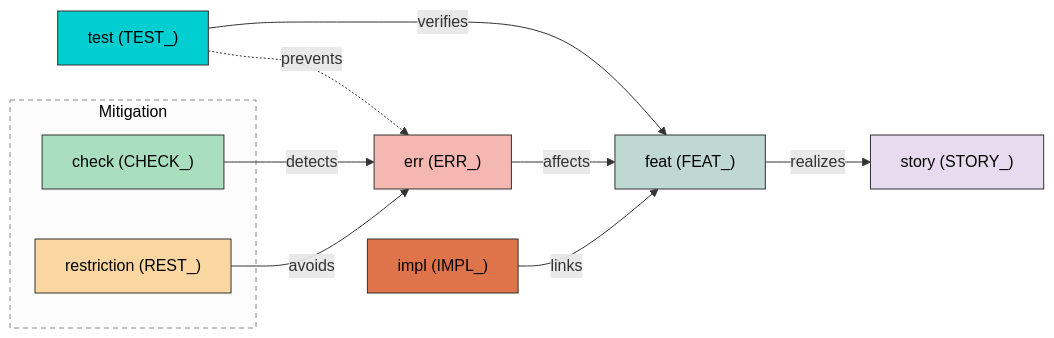
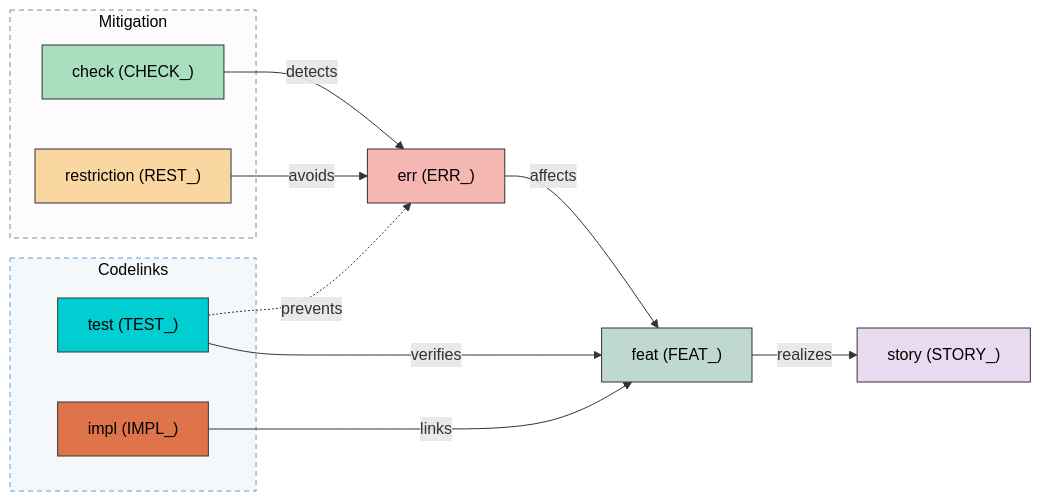
One commit to useblocks/sphinx-mounts changed the diagram in docs/source/specs/approach.rst. Above: the diagram before and after it, drawn with Mermaid. The commit also changed other lines of this file, not shown here.

Commit message:
🎨 Frame test + impl as a "Codelinks" group in the diagram
Wrap the test and impl nodes (both authored in code as sphinx-codelinks
one-line needs — test in tests/, impl in src/) in a Mermaid subgraph
labelled "Codelinks" (blue dashed frame) in approach.rst, and note the
grouping in the prose.

```diff
--- a/docs/source/specs/approach.rst
+++ b/docs/source/specs/approach.rst
@@ -12,30 +12,33 @@
 .. mermaid::
 
    flowchart LR
-       test["test (TEST_)"]
+       subgraph codelinks["Codelinks"]
+           test["test (TEST_)"]
+           impl["impl (IMPL_)"]
+       end
        subgraph mitigation["Mitigation"]
            check["check (CHECK_)"]
            rest["restriction (REST_)"]
        end
        err["err (ERR_)"]
        feat["feat (FEAT_)"]
        story["story (STORY_)"]
-       impl["impl (IMPL_)"]
 
        test -->|verifies| feat
        test -.->|prevents| err
        check -->|detects| err
        rest -->|avoids| err
        err -->|affects| feat
        feat -->|realizes| story
        impl -->|links| feat
 
        %% node fills match each need type's declared color in ubproject.toml
        style story fill:#E8DAEF,stroke:#333,color:#000
        style feat fill:#BFD8D2,stroke:#333,color:#000
        style err fill:#F5B7B1,stroke:#333,color:#000
        style check fill:#A9DFBF,stroke:#333,color:#000
        style rest fill:#FAD7A0,stroke:#333,color:#000
        style impl fill:#DF744A,stroke:#333,color:#000
        style test fill:#00CED1,stroke:#333,color:#000
        style mitigation fill:#FCFCFC,stroke:#888,stroke-dasharray:5 4,color:#000
+       style codelinks fill:#F4F8FB,stroke:#5B9BD5,stroke-dasharray:5 4,color:#000
```
